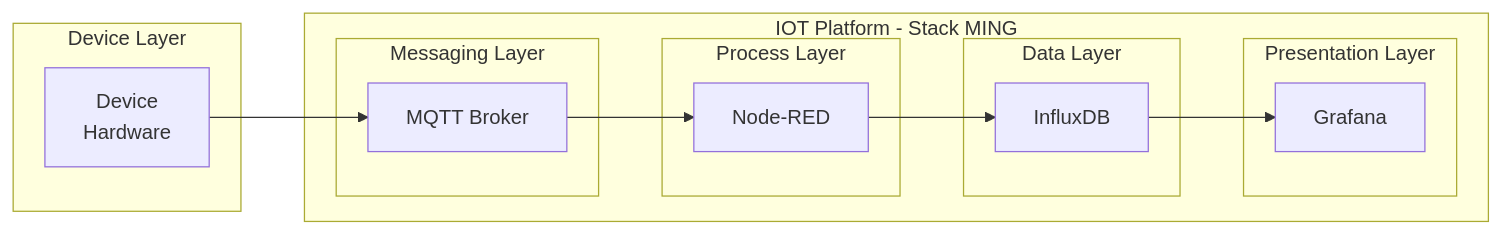
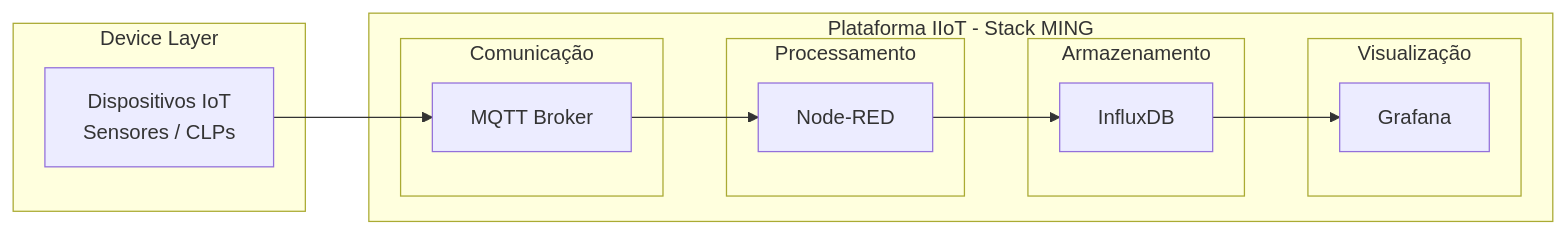
One commit to profAndreSouza/StackMing changed the first of 2 diagrams in README.md. Above: the diagram before and after it, drawn with Mermaid. The commit also changed other lines of this file, not shown here.

````diff
--- a/README.md
+++ b/README.md
@@ -3,28 +3,28 @@
 ```mermaid
 flowchart LR
     subgraph Device Layer
-        A[Device
-        Hardware]
+        A[Dispositivos IoT
+        Sensores / CLPs]
     end
     
-    subgraph IOT Platform - Stack MING
+    subgraph Plataforma IIoT - Stack MING
 
-        subgraph Messaging Layer
+        subgraph Comunicação
             B[MQTT Broker]
         end
-        subgraph Process Layer
+        subgraph Processamento
             C[Node-RED]
         end
-        subgraph Data Layer
+        subgraph Armazenamento
             D[InfluxDB]
         end
-        subgraph Presentation Layer
+        subgraph Visualização
             E[Grafana]
         end
     end
 
     A --> B
     B --> C
     C --> D
     D --> E
 ```
````
